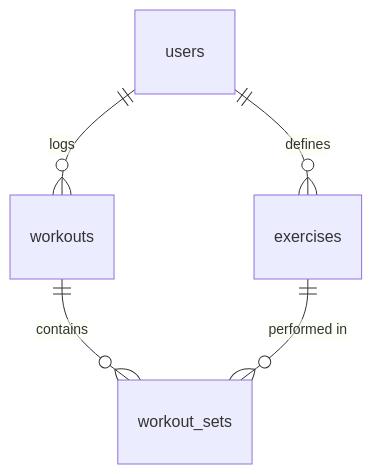
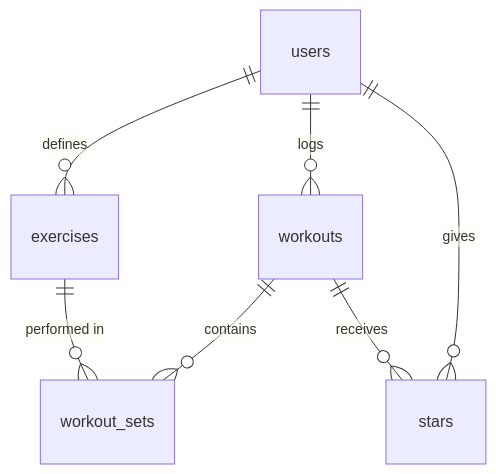
Before and after one commit to kureemn/barbook: the diagram in schema.md, drawn with Mermaid. The commit also changed other lines of this file and 9 other files, not shown here.

````diff
--- a/schema.md
+++ b/schema.md
@@ -69,7 +80,9 @@
 ```mermaid
 erDiagram
     users ||--o{ exercises : defines
     users ||--o{ workouts : logs
     workouts ||--o{ workout_sets : contains
     exercises ||--o{ workout_sets : "performed in"
+    users ||--o{ stars : gives
+    workouts ||--o{ stars : receives
 ```
````
